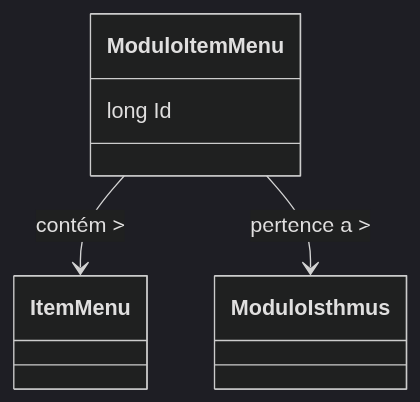
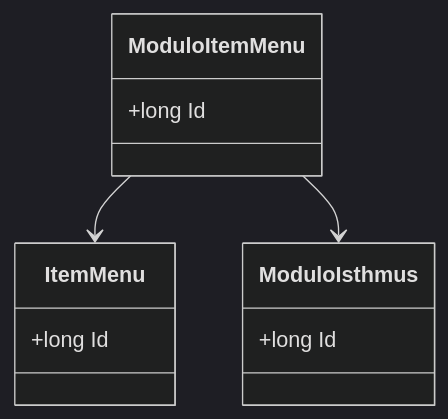
Before and after one commit to IsthmusSistemas/documentacao-tecnica: the diagram in docs/b2b-dominio/IsthmusWinthor.Nucleo/IsthmusWinthor.Dominio/Entidades/ModuloItemMenu.md, drawn with Mermaid (dark theme). The commit also changed other lines of this file and 882 other files, not shown here.

````diff
--- a/docs/b2b-dominio/IsthmusWinthor.Nucleo/IsthmusWinthor.Dominio/Entidades/ModuloItemMenu.md
+++ b/docs/b2b-dominio/IsthmusWinthor.Nucleo/IsthmusWinthor.Dominio/Entidades/ModuloItemMenu.md
@@ -16,11 +22,14 @@
 ```mermaid
 classDiagram
     class ModuloItemMenu {
-        long Id
+        +long Id
     }
-    class ItemMenu
-    class ModuloIsthmus
-
-    ModuloItemMenu --> ItemMenu : contém > 
-    ModuloItemMenu --> ModuloIsthmus : pertence a >
+    class ItemMenu {
+        +long Id
+    }
+    class ModuloIsthmus {
+        +long Id
+    }
+    ModuloItemMenu --> ItemMenu
+    ModuloItemMenu --> ModuloIsthmus
 ```
````
